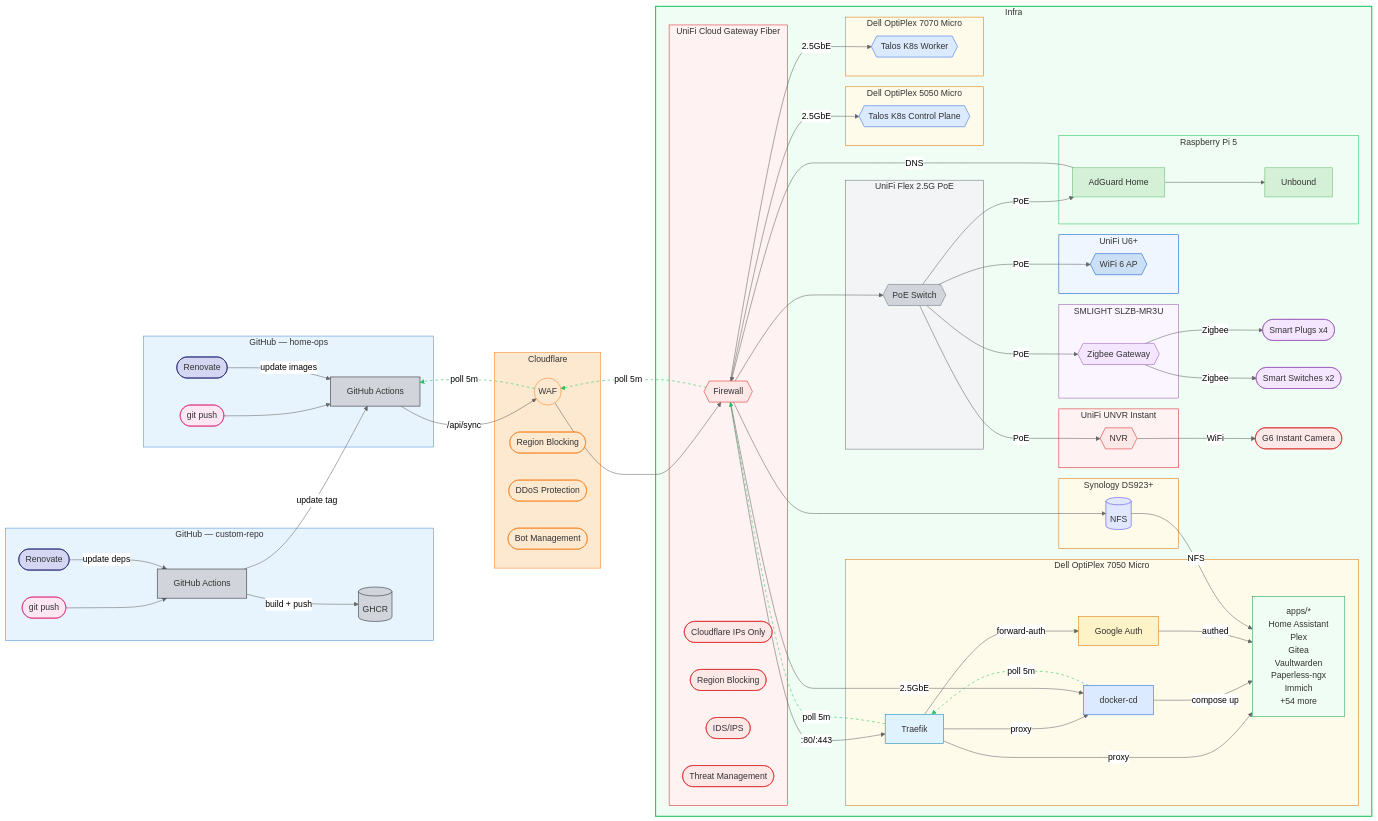
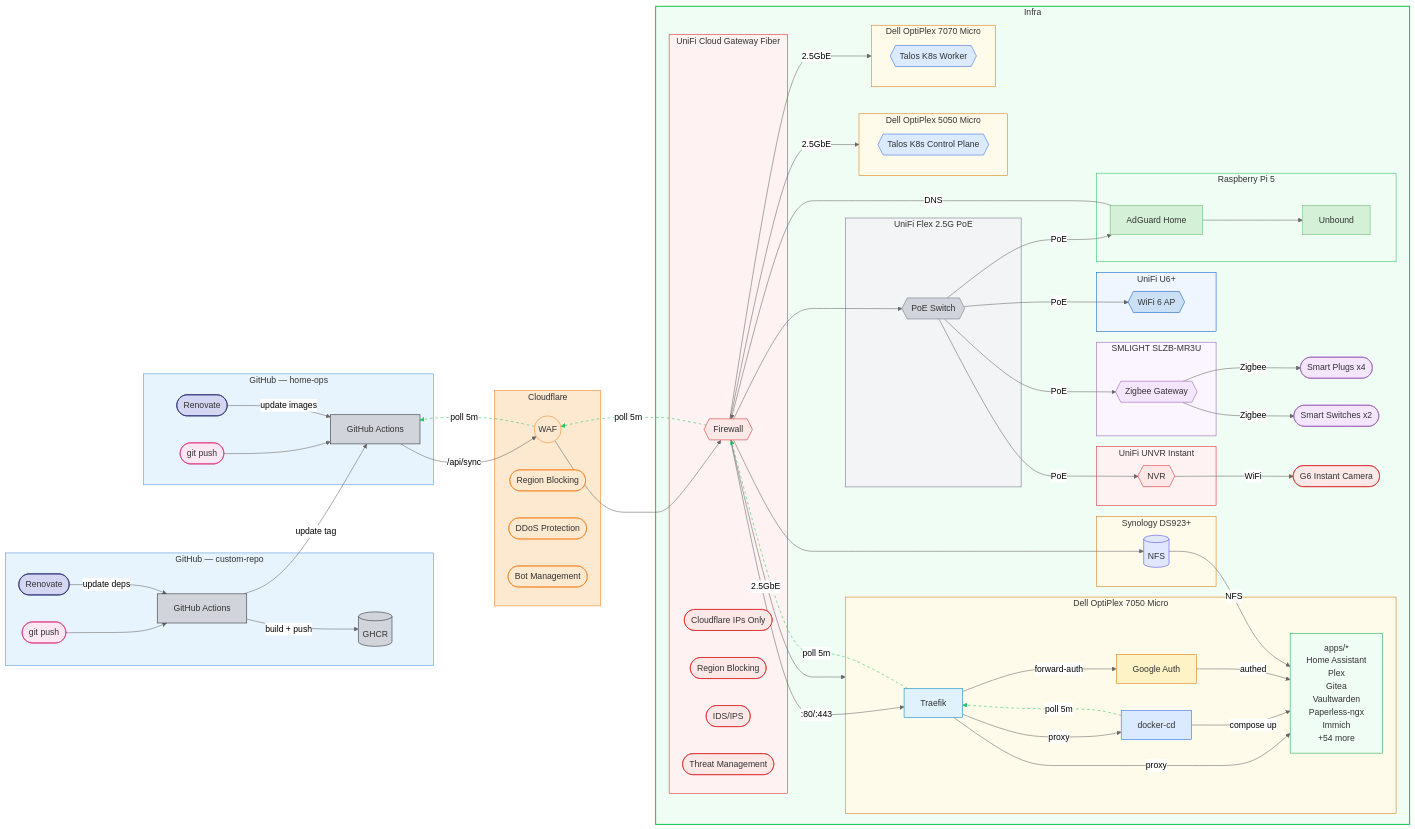
Before and after one commit to wajeht/home-ops: the diagram in README.md, drawn with Mermaid (neutral theme).

Commit message:
feat: k8s mermaid graph

```diff
--- a/README.md
+++ b/README.md
@@ -102,9 +102,9 @@
         adguard -->|DNS| unifi
         unifi --> nfs
         unifi --> poe
-        unifi -->|2.5GbE| docker_cd
-        unifi -->|2.5GbE| talos_cp
-        unifi -->|2.5GbE| talos_worker
+        unifi -->|2.5GbE| dell
+        unifi -->|2.5GbE| dell5050
+        unifi -->|2.5GbE| dell7070
         poe -->|PoE| zigbee
         poe -->|PoE| adguard
         poe -->|PoE| ap
```
